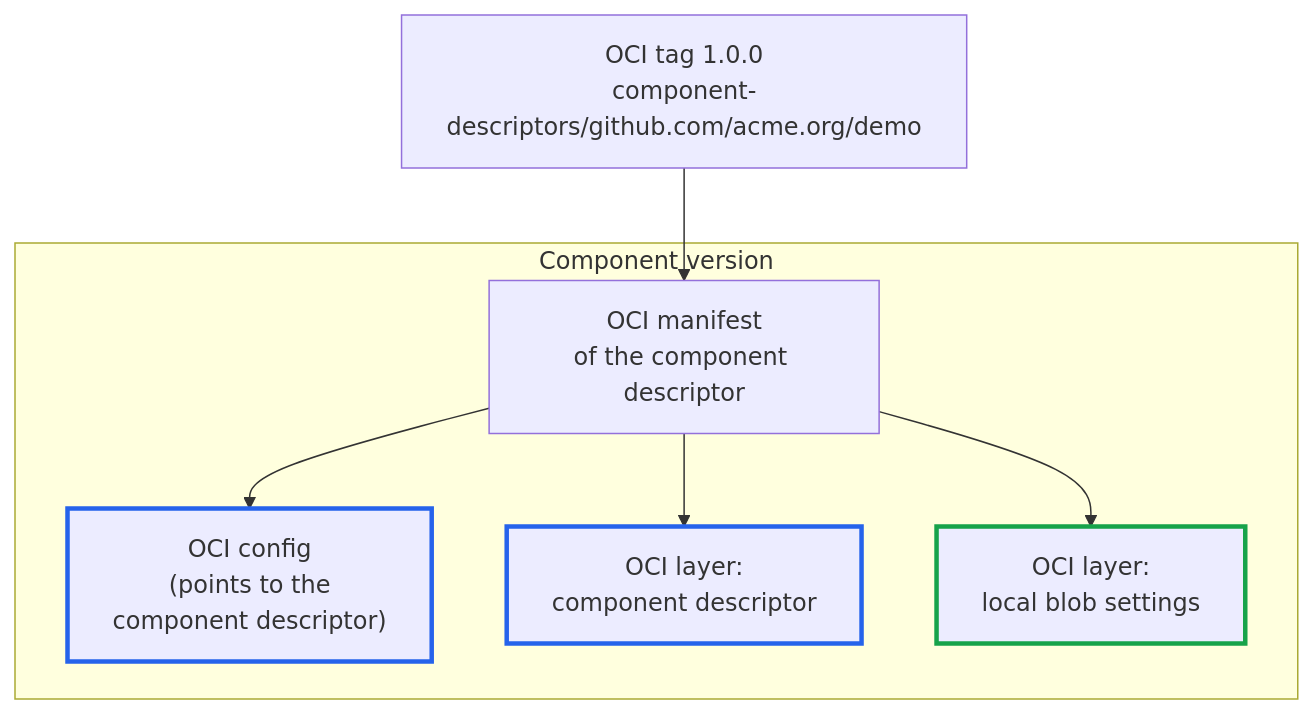
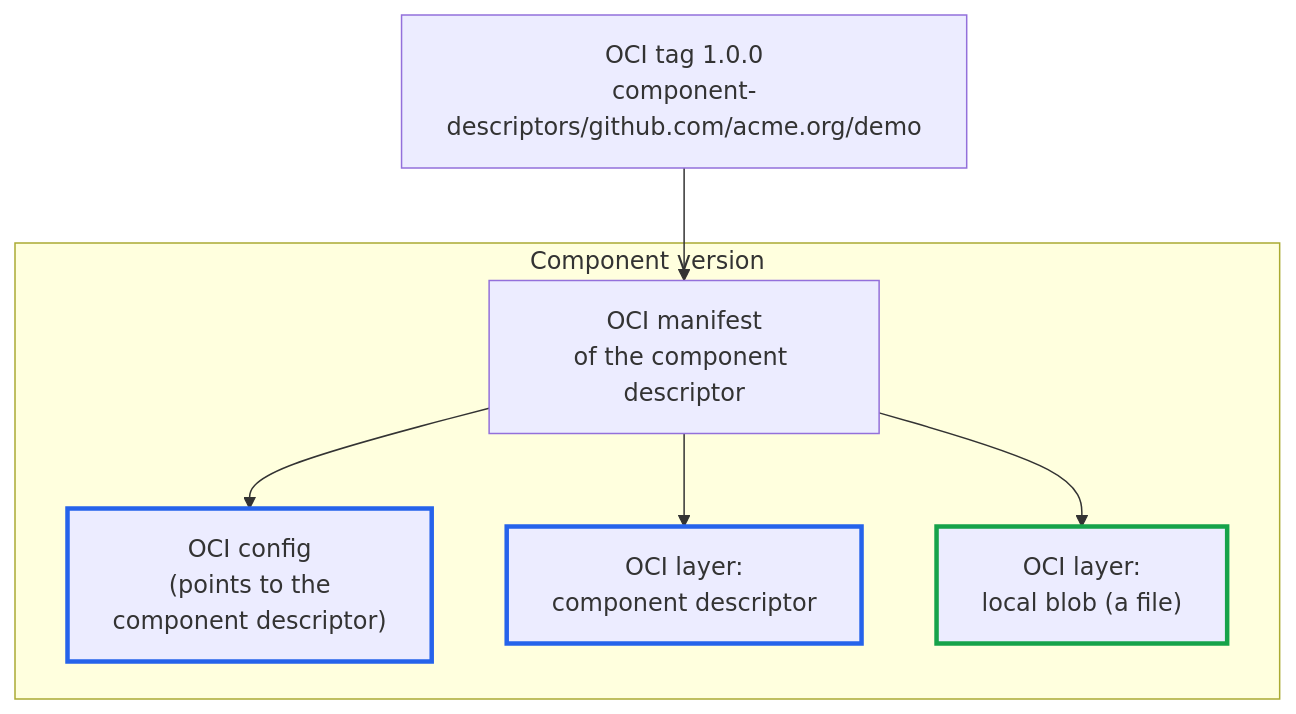
Before and after one commit to open-component-model/open-component-model: the first of 2 diagrams in website/content/docs/concepts/component-storage.md, drawn with Mermaid. The commit also changed other lines of this file, not shown here.

````diff
--- a/website/content/docs/concepts/component-storage.md
+++ b/website/content/docs/concepts/component-storage.md
@@ -66,16 +64,16 @@
 ```mermaid
 flowchart TD
     tag["OCI tag 1.0.0<br/>component-descriptors/github.com/acme.org/demo"] --> dm
 
     subgraph cv["Component version"]
         dm["OCI manifest<br/>of the component descriptor"]
         dm --> cfg["OCI config<br/>(points to the<br/>component descriptor)"]
         dm --> cd["OCI layer:<br/>component descriptor"]
-        dm --> lb["OCI layer:<br/>local blob settings"]
+        dm --> lb["OCI layer:<br/>local blob (a file)"]
     end
 
     classDef ocm stroke:#2563eb,stroke-width:3px
     class cfg,cd ocm
     classDef content stroke:#16a34a,stroke-width:3px
     class lb content
 ```
````
